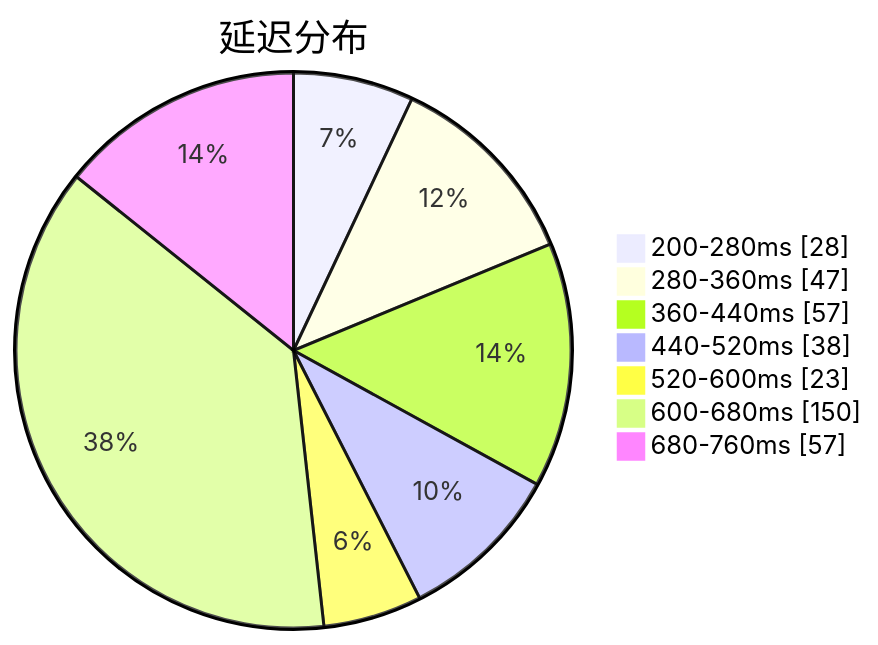
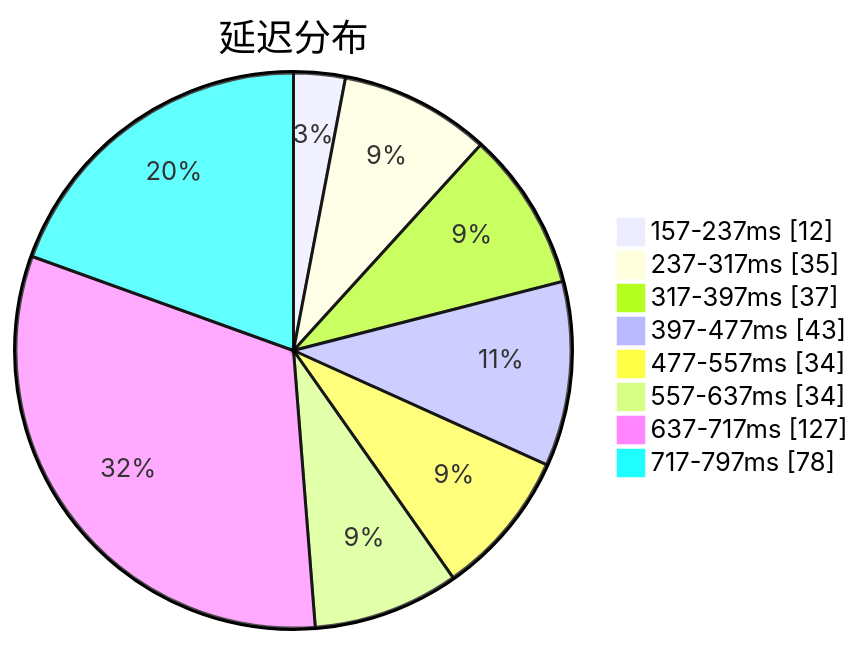
One commit to qjlxg/airport changed the first of 3 diagrams in subs/statistics/tested_within.md. Above: the diagram before and after it, drawn with Mermaid. The commit also changed other lines of this file and 2 other files, not shown here.

````diff
--- a/subs/statistics/tested_within.md
+++ b/subs/statistics/tested_within.md
@@ -2,11 +2,12 @@
 ```mermaid
 pie showData
 title 延迟分布
-"200-280ms" : 28
-"280-360ms" : 47
-"360-440ms" : 57
-"440-520ms" : 38
-"520-600ms" : 23
-"600-680ms" : 150
-"680-760ms" : 57
+"157-237ms" : 12
+"237-317ms" : 35
+"317-397ms" : 37
+"397-477ms" : 43
+"477-557ms" : 34
+"557-637ms" : 34
+"637-717ms" : 127
+"717-797ms" : 78
 ```
````
